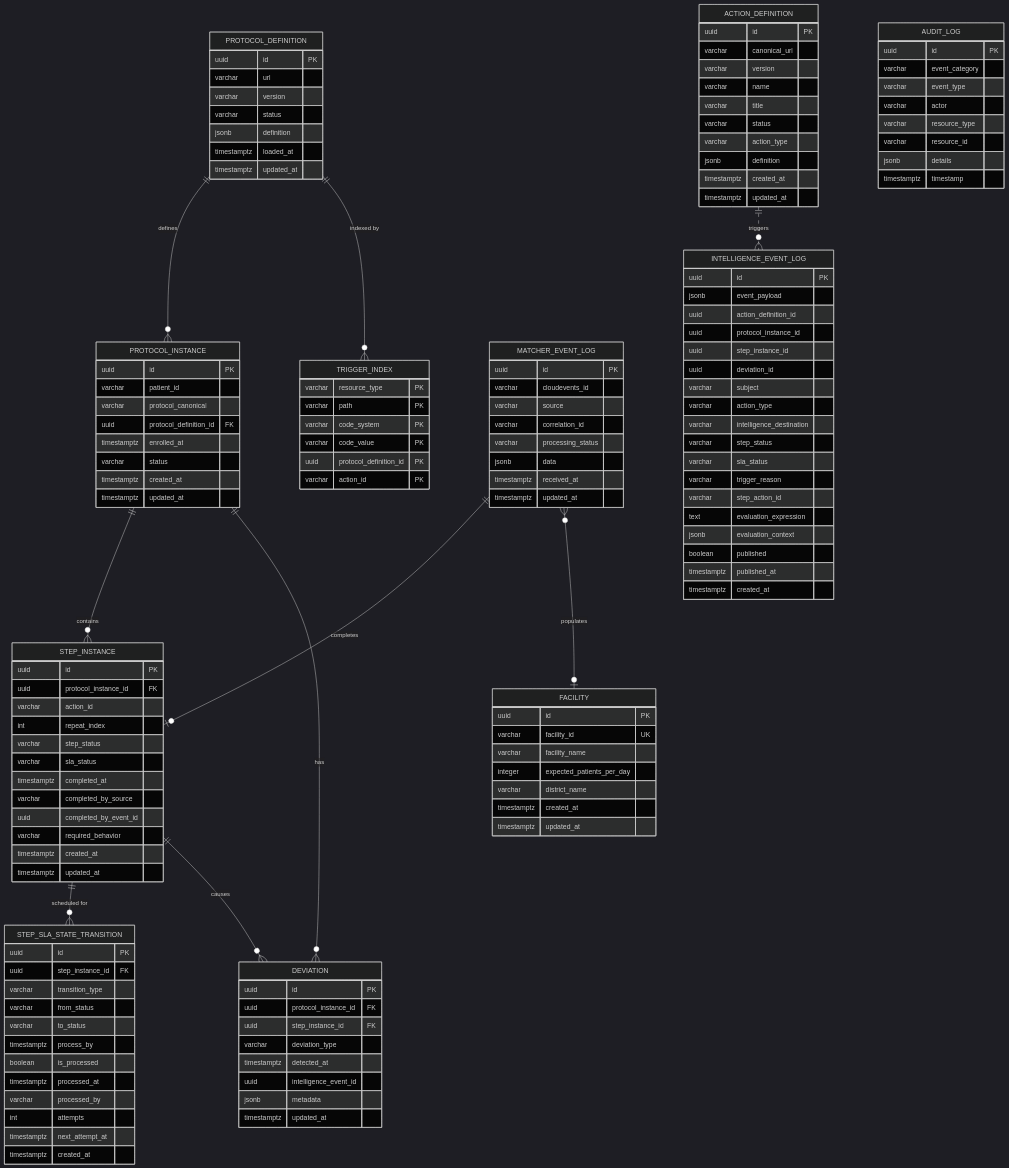
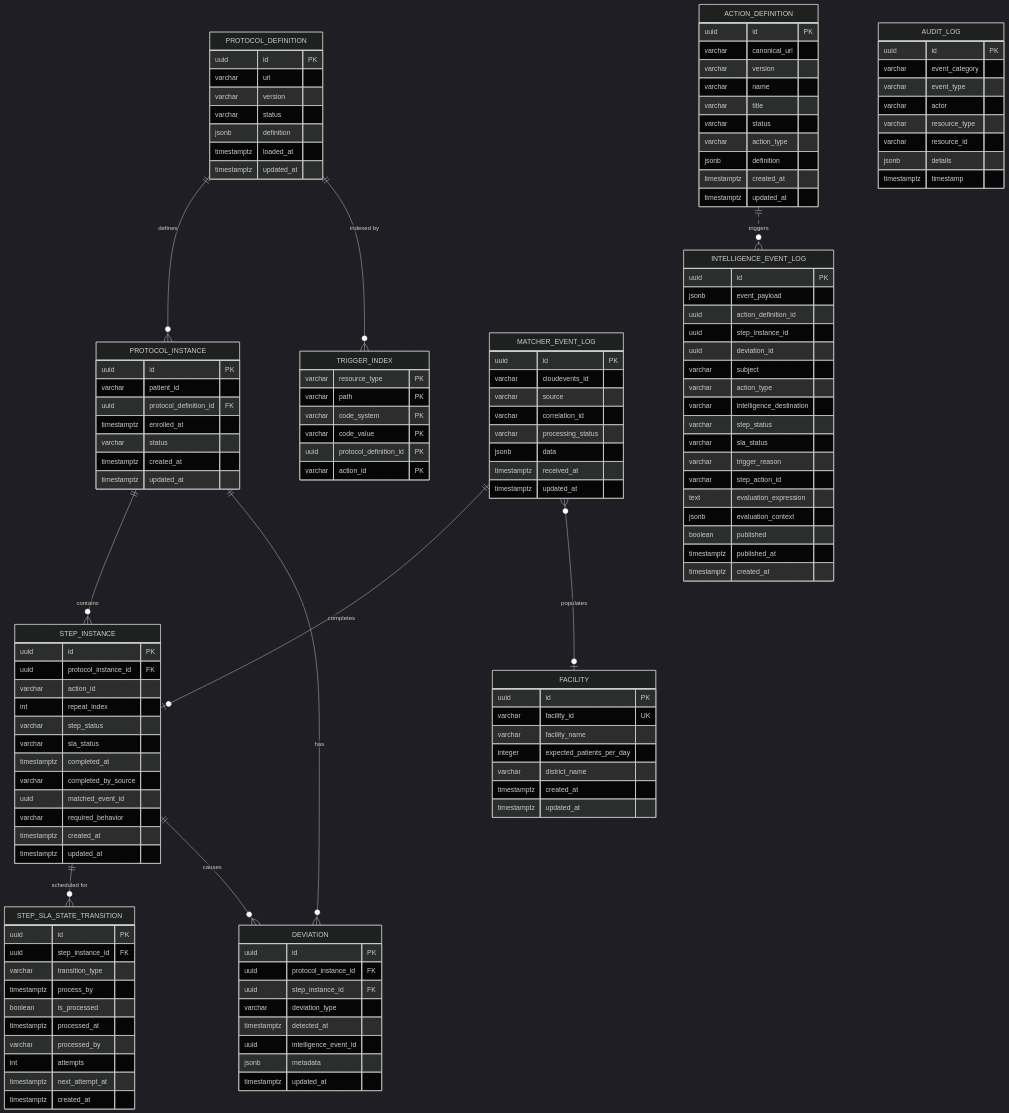
One commit to Jayaprakash8887/cce-common-util changed the diagram in docs/data-dictionary.md. Above: the diagram before and after it, drawn with Mermaid (dark theme). The commit also changed other lines of this file and 30 other files, not shown here.

```diff
--- a/docs/data-dictionary.md
+++ b/docs/data-dictionary.md
@@ -66,7 +65,6 @@
     PROTOCOL_INSTANCE {
         uuid id PK
         varchar patient_id
-        varchar protocol_canonical
         uuid protocol_definition_id FK
         timestamptz enrolled_at
         varchar status
@@ -83,7 +81,7 @@
         varchar sla_status
         timestamptz completed_at
         varchar completed_by_source
-        uuid completed_by_event_id
+        uuid matched_event_id
         varchar required_behavior
         timestamptz created_at
         timestamptz updated_at
@@ -93,8 +91,6 @@
         uuid id PK
         uuid step_instance_id FK
         varchar transition_type
-        varchar from_status
-        varchar to_status
         timestamptz process_by
         boolean is_processed
         timestamptz processed_at
@@ -163,7 +159,6 @@
         uuid id PK
         jsonb event_payload
         uuid action_definition_id
-        uuid protocol_instance_id
         uuid step_instance_id
         uuid deviation_id
         varchar subject
```
